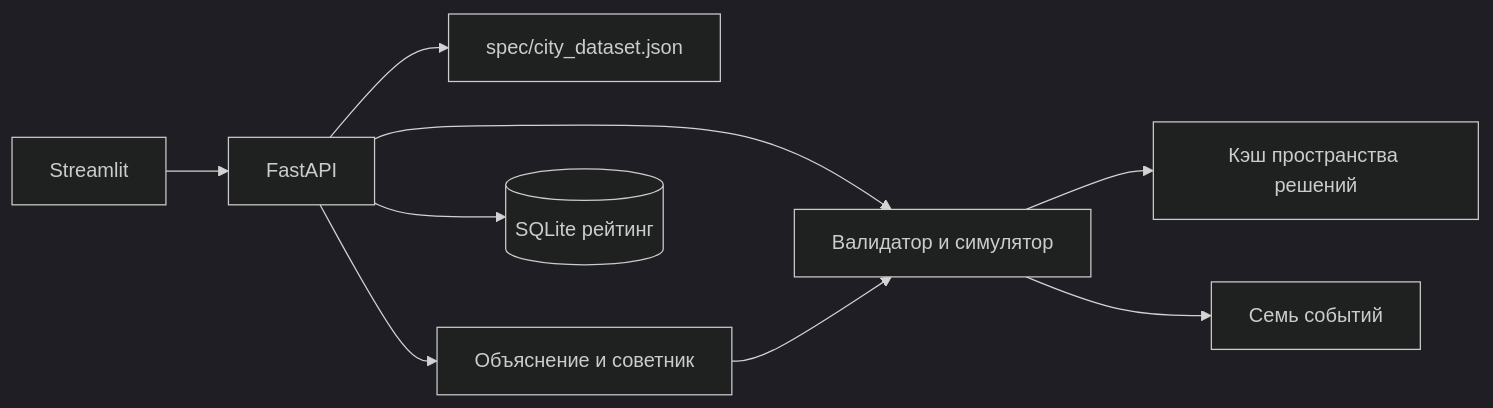
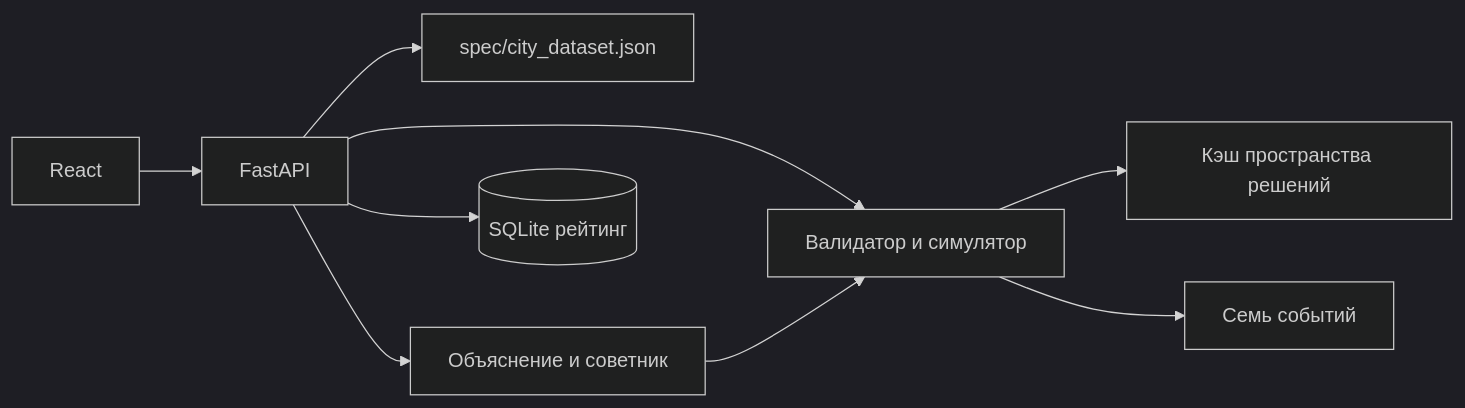
Before and after one commit to BAITC-Hacks/hack-c4d4b101-skiter: the diagram in README.md, drawn with Mermaid (dark theme). The commit also changed other lines of this file and 16 other files, not shown here.

````diff
--- a/README.md
+++ b/README.md
@@ -51,11 +51,11 @@
 ```mermaid
 flowchart LR
-  UI[Streamlit] --> API[FastAPI]
+  UI[React] --> API[FastAPI]
   API --> D[spec/city_dataset.json]
   API --> E[Валидатор и симулятор]
   E --> S[Кэш пространства решений]
   E --> V[Семь событий]
   API --> A[Объяснение и советник]
   A --> E
   API --> DB[(SQLite рейтинг)]
 ```
````
